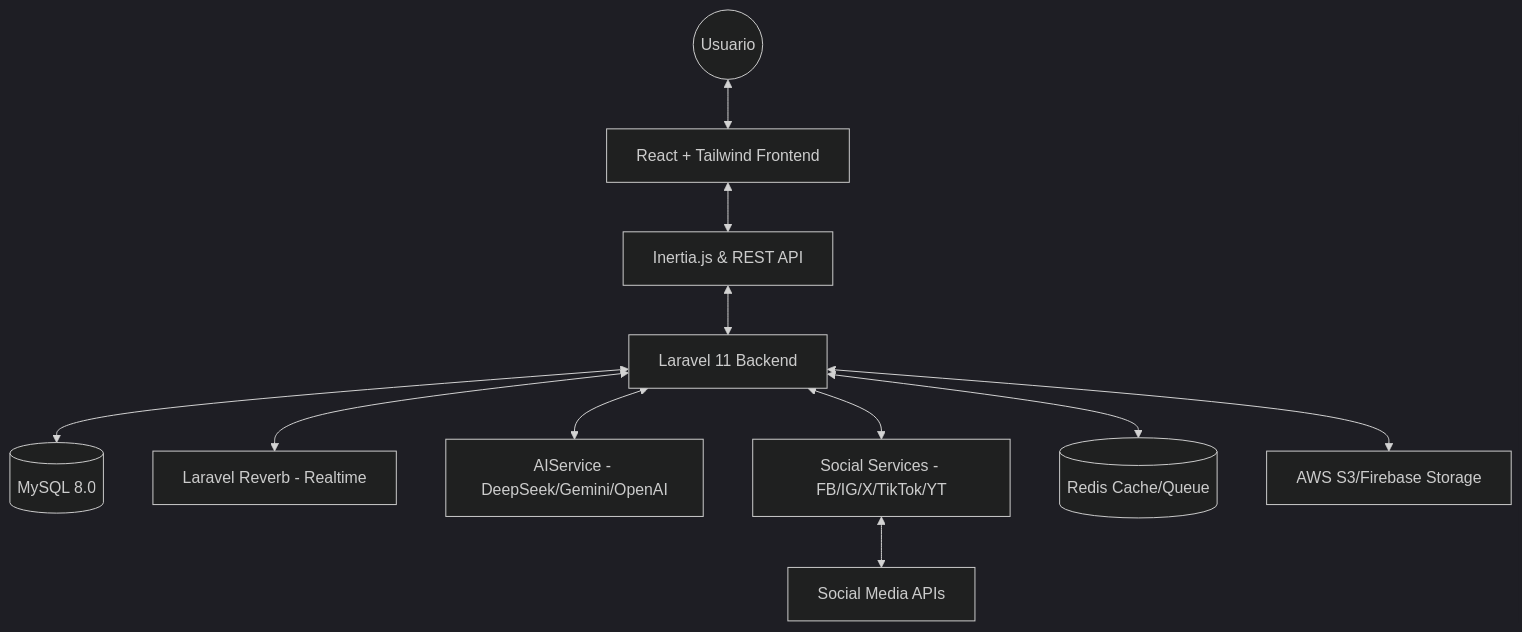
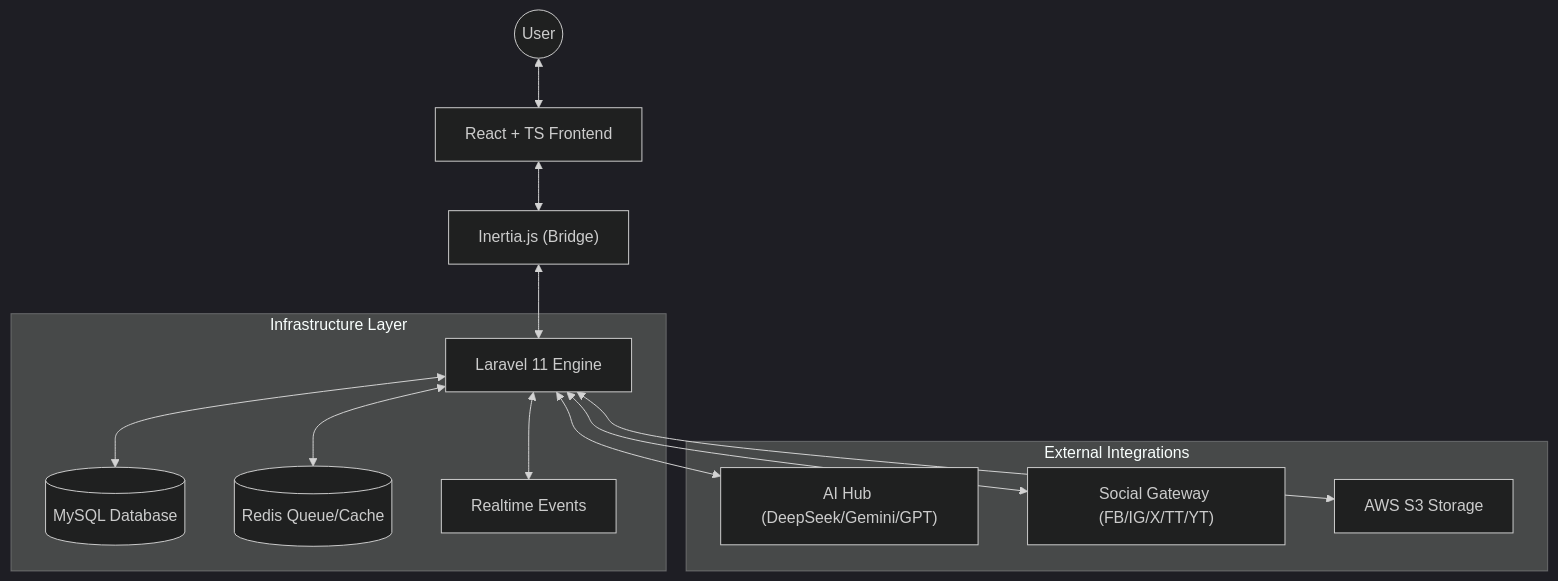
Before and after one commit to Alejool/ContentFlow: the diagram in README.md, drawn with Mermaid (dark theme). The commit also changed other lines of this file and 14 other files, not shown here.

````diff
--- a/README.md
+++ b/README.md
@@ -14,13 +57,18 @@
 ```mermaid
 graph TD
-    User((Usuario)) <--> React[React + Tailwind Frontend]
-    React <--> Hybrid[Inertia.js & REST API]
-    Hybrid <--> Laravel[Laravel 11 Backend]
-    Laravel <--> MySQL[(MySQL 8.0)]
-    Laravel <--> Reverb[Laravel Reverb - Realtime]
-    Laravel <--> AI[AIService - DeepSeek/Gemini/OpenAI]
-    Laravel <--> Social[Social Services - FB/IG/X/TikTok/YT]
-    Social <--> APIs[Social Media APIs]
-    Laravel <--> Redis[(Redis Cache/Queue)]
-    Laravel <--> AWS[AWS S3/Firebase Storage]
+    User((User)) <--> React["React + TS Frontend"]
+    React <--> Inertia["Inertia.js (Bridge)"]
+    Inertia <--> Laravel["Laravel 11 Engine"]
+    
+    subgraph "Infrastructure Layer"
+        Laravel <--> MySQL[(MySQL Database)]
+        Laravel <--> Redis[(Redis Queue/Cache)]
+        Laravel <--> Reverb[Realtime Events]
+    end
+    
+    subgraph "External Integrations"
+        Laravel <--> AI_Hub["AI Hub (DeepSeek/Gemini/GPT)"]
+        Laravel <--> Social_Gate["Social Gateway (FB/IG/X/TT/YT)"]
+        Laravel <--> AWS_S3["AWS S3 Storage"]
+    end
 ```
````
